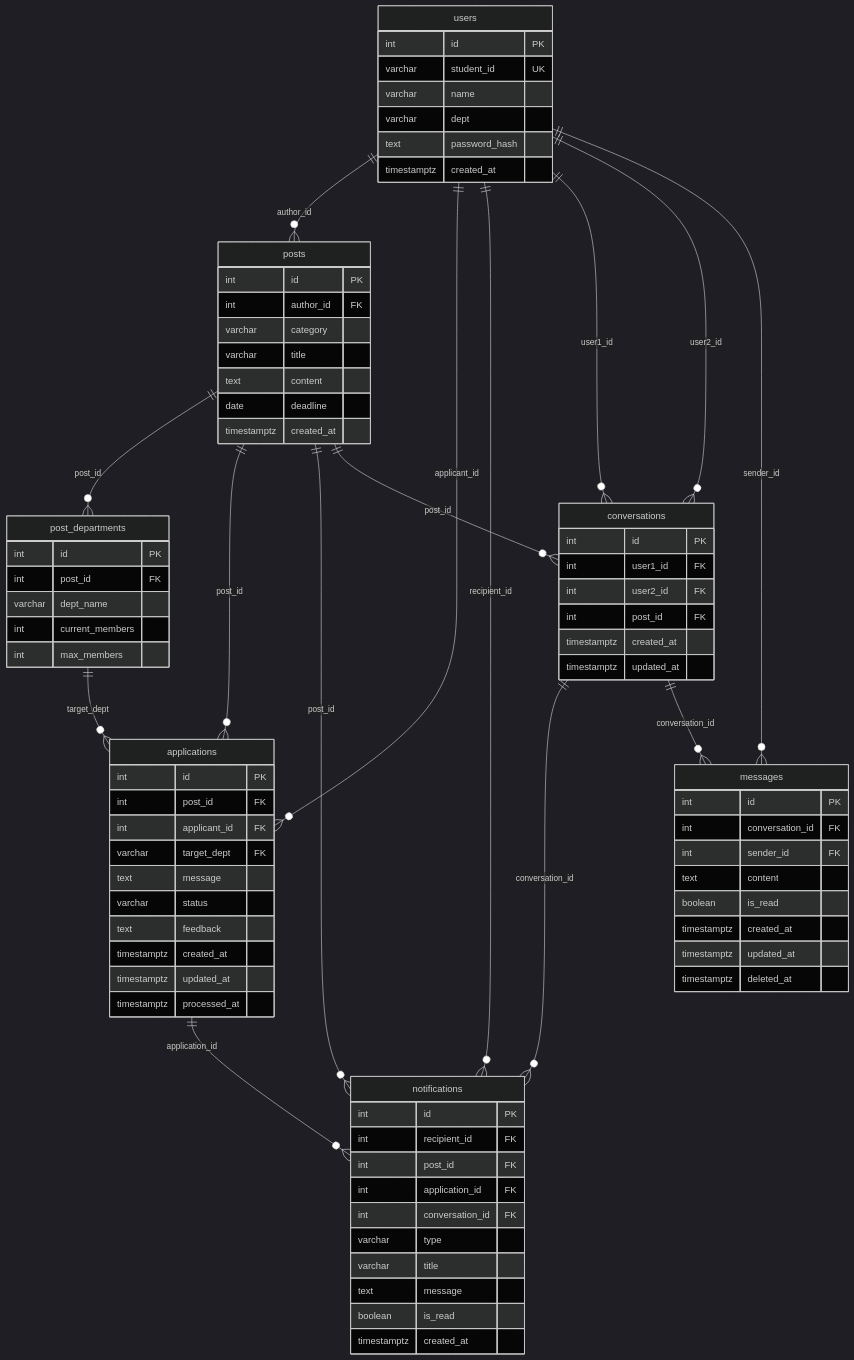
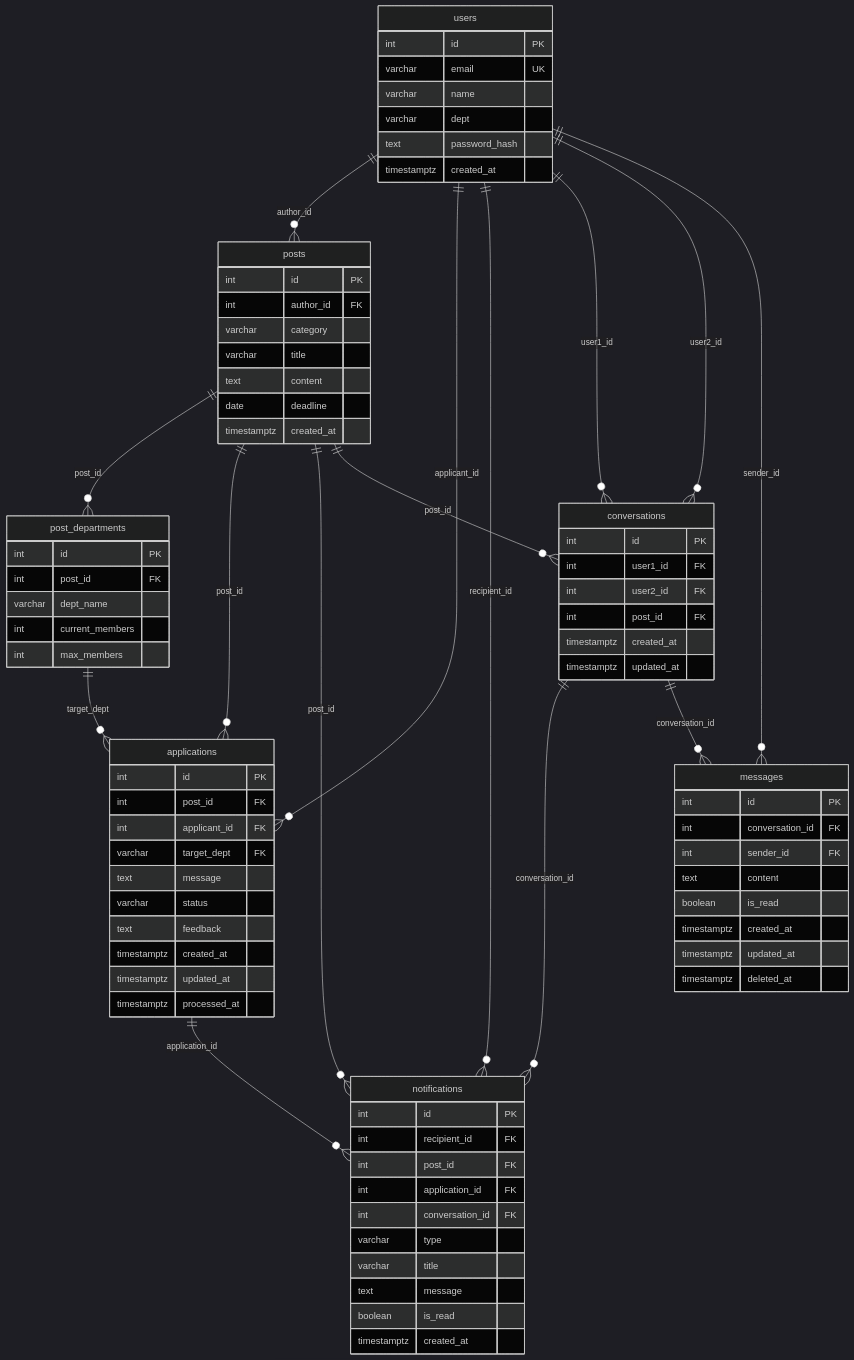
Before and after one commit to jhan117/CoMate: the diagram in README.md, drawn with Mermaid (dark theme). The commit also changed other lines of this file, not shown here.

First line of the commit message:
docs: update README for email auth, Live Demo, Docker/Codespaces, Known Limitations, and AI tools

```diff
--- a/README.md
+++ b/README.md
@@ -127,7 +146,7 @@
 erDiagram
   users {
     int id PK
-    varchar student_id UK
+    varchar email UK
     varchar name
     varchar dept
     text password_hash
```
